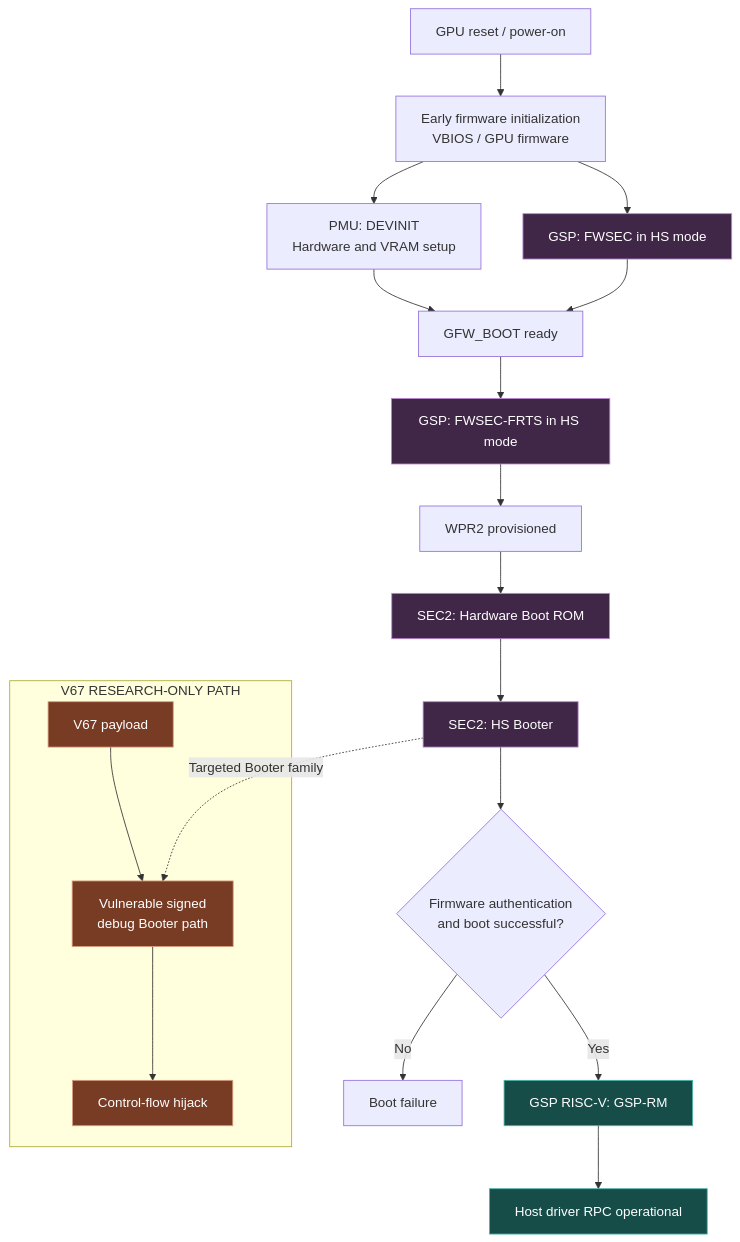
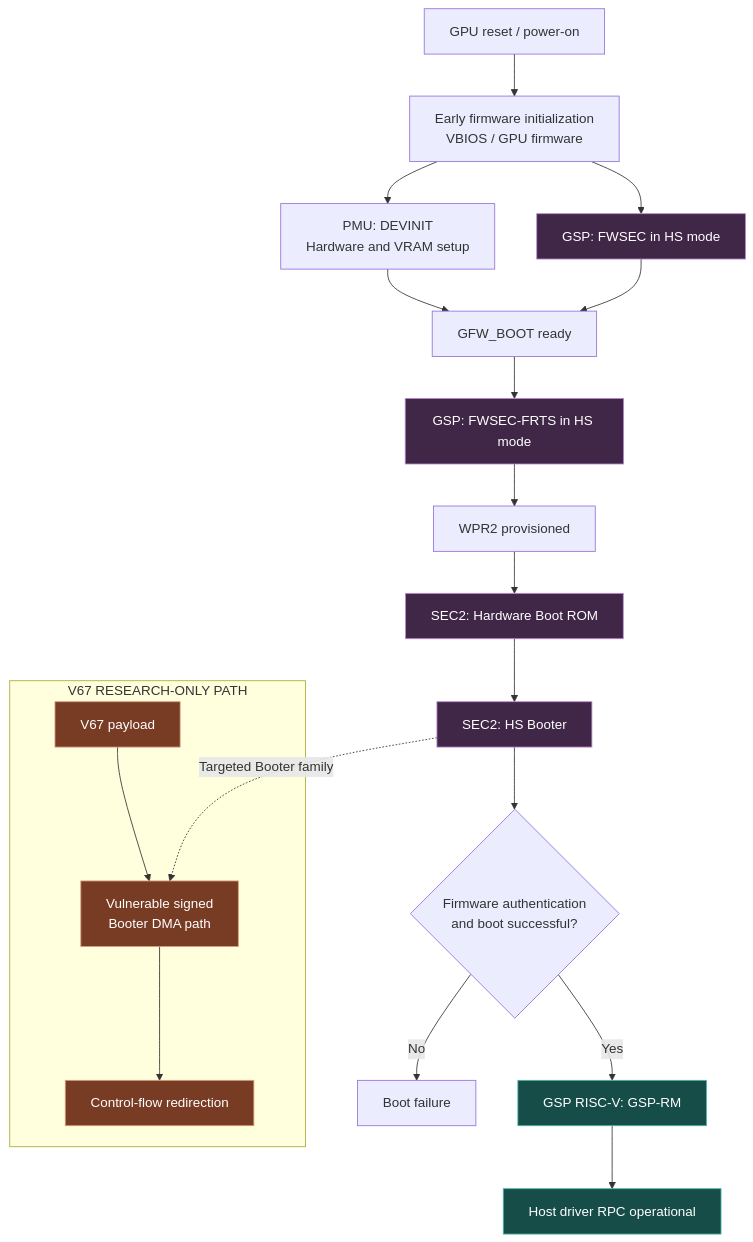
Before and after one commit to MindAllik/GPU-Tensor-Unlock-Universal: the second of 2 diagrams in docs/How Ampere was unlocked.md, drawn with Mermaid. The commit also changed other lines of this file and 75 other files, not shown here.

````diff
--- a/docs/How Ampere was unlocked.md
+++ b/docs/How Ampere was unlocked.md
@@ -100,48 +75,47 @@
 ```mermaid
 flowchart TD
     RESET["GPU reset / power-on"]
     EARLY["Early firmware initialization<br/>VBIOS / GPU firmware"]
     DEV["PMU: DEVINIT<br/>Hardware and VRAM setup"]
     FWSEC["GSP: FWSEC in HS mode"]
     GFW["GFW_BOOT ready"]
     FRTS["GSP: FWSEC-FRTS in HS mode"]
     WPR["WPR2 provisioned"]
     BROM["SEC2: Hardware Boot ROM"]
     HS["SEC2: HS Booter"]
     VERIFY{"Firmware authentication<br/>and boot successful?"}
     RM["GSP RISC-V: GSP-RM"]
     RPC["Host driver RPC operational"]
 
     RESET --> EARLY
     EARLY --> DEV
     DEV --> GFW
     EARLY --> FWSEC
     FWSEC --> GFW
     GFW --> FRTS
     FRTS --> WPR
     WPR --> BROM
     BROM --> HS
     HS --> VERIFY
     VERIFY -->|Yes| RM
     VERIFY -->|No| FAIL["Boot failure"]
     RM --> RPC
 
     subgraph RESEARCH["V67 RESEARCH-ONLY PATH"]
         V67["V67 payload"]
-        BUG["Vulnerable signed<br/>debug Booter path"]
-        ROP["Control-flow hijack"]
+        BUG["Vulnerable signed<br/>Booter DMA path"]
+        ROP["Control-flow redirection"]
         V67 --> BUG
         BUG --> ROP
     end
 
     HS -.->|Targeted Booter family| BUG
 
     classDef attack fill:#783b24,color:#fff,stroke:#d69c7c
     classDef secure fill:#402647,color:#fff,stroke:#b988d0
     classDef success fill:#164d49,color:#fff,stroke:#4bb5a8
 
     class V67,BUG,ROP,PLM,OVR attack
     class FWSEC,FRTS,BROM,HS secure
     class RM,RPC success
-
 ```
````
